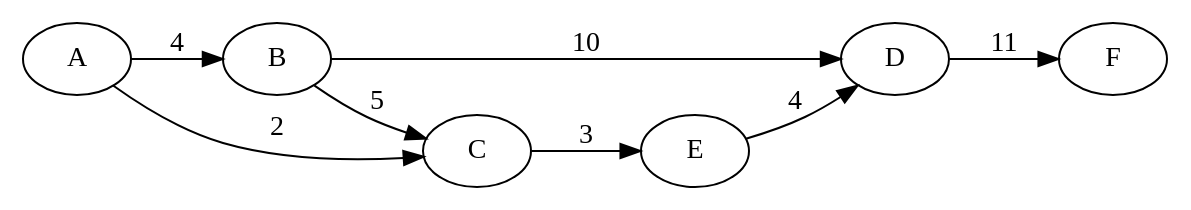
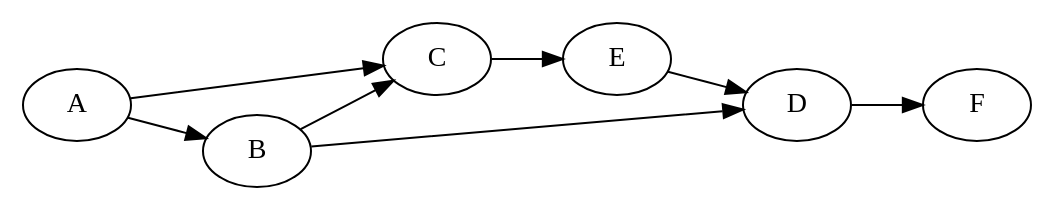
The diagram in lab08/dag1.dot (chgogos/dituoi_dsa), drawn with Graphviz before and after one commit. The commit also changed 4 other files, not shown here.

```diff
--- a/lab08/dag1.dot
+++ b/lab08/dag1.dot
@@ -1,10 +1,10 @@
 digraph {
     rankdir=LR; 
-    A -> B[label="4",weight="4"];
-    A -> C[label="2",weight="2"];
-    B -> C[label="5",weight="5"];
-    B -> D[label="10",weight="10"];
-    C -> E[label="3",weight="3"];
-    D -> F[label="11",weight="11"];
-    E -> D[label="4",weight="4"];
+    A -> B;
+    A -> C;
+    B -> C;
+    B -> D;
+    C -> E;
+    D -> F;
+    E -> D;
 }
```
